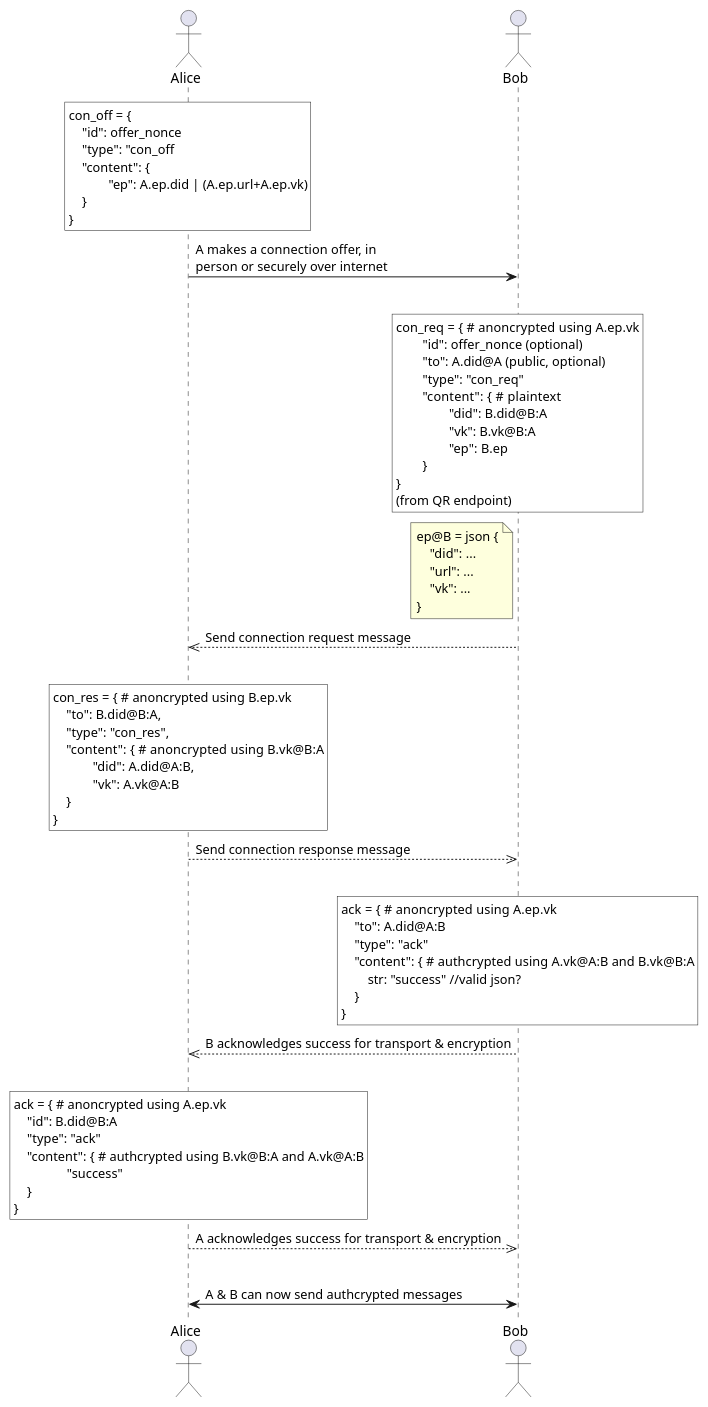
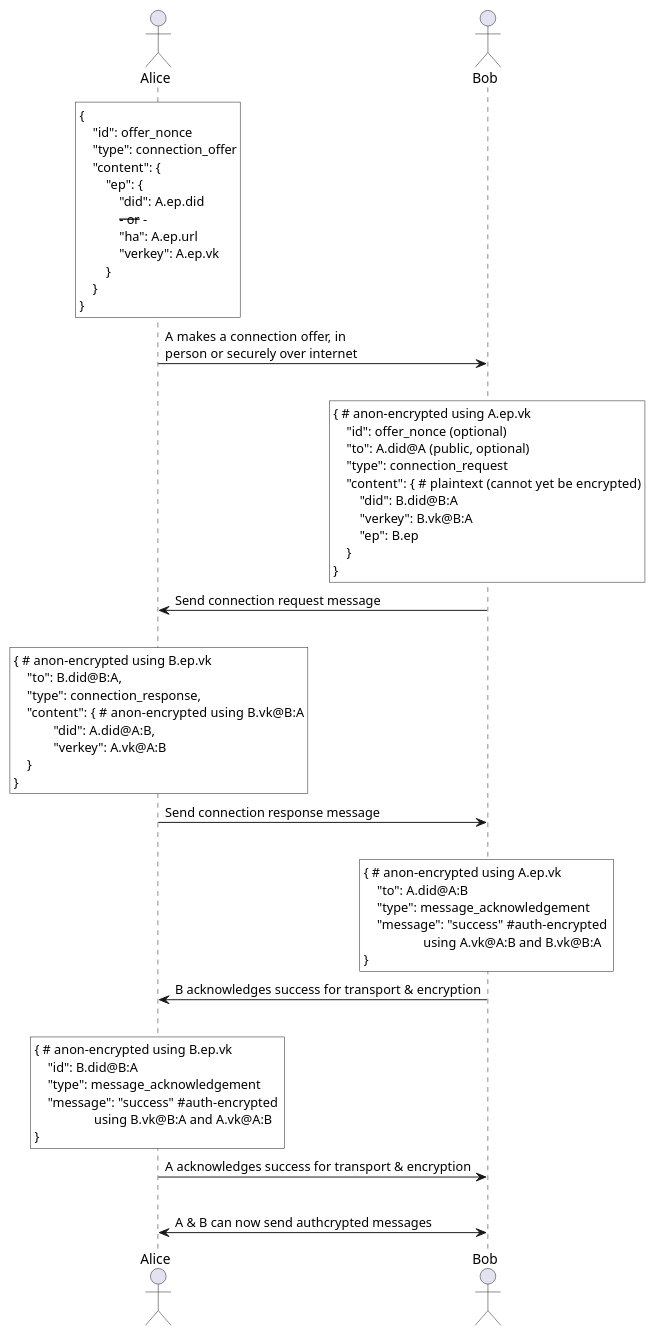
The diagram in text/messaging-protocol/establishing_connection.puml (hyperledger/indy-hipe), drawn with PlantUML before and after one commit. The commit also changed 1 other file, not shown here.

```diff
--- a/text/messaging-protocol/establishing_connection.puml
+++ b/text/messaging-protocol/establishing_connection.puml
@@ -1,106 +1,86 @@
 @startuml
 
-' class Dummy {
-'   {field} A field (despite parentheses)
-'   {method} Some method
-' }
-
 actor Alice as A
-'participant "Alice's\nAgent" as A
-'participant "Bob's\nAgent" as B
 actor Bob as B
 
-
 rnote over A #white
-con_off = {
+{
     "id": offer_nonce
-    "type": "con_off
+    "type": connection_offer
     "content": {
-	    "ep": A.ep.did | (A.ep.url+A.ep.vk)
+        "ep": {
+            "did": A.ep.did
+            --- or ---
+            "ha": A.ep.url  
+            "verkey": A.ep.vk 
+        }
     }
 }
 end note
 
 
 A -> B: A makes a connection offer, in\nperson or securely over internet
 |||
 
 
-'This adds the rectangles on the lines=
-
 rnote over B #white
-con_req = {  # anoncrypted using A.ep.vk
-	"id": offer_nonce (optional)
-	"to": A.did@A (public, optional)
-	"type": "con_req"
-	"content": {  # plaintext
-		"did": B.did@B:A
-		"vk": B.vk@B:A
-		"ep": B.ep
-	}
-}
-(from QR endpoint)
-end note
-
-note left of B
-ep@B = json {
-    "did": ...
-    "url": ...
-    "vk": ...
-}
-end note
-
-
-'B -> B: Could optionally encrypt content\nusing additional key sent in offer
-
-B -->> A: Send connection request message
-|||
-
-rnote over A #white
-con_res = { # anoncrypted using B.ep.vk
-    "to": B.did@B:A,
-    "type": "con_res",
-    "content": {  # anoncrypted using B.vk@B:A
-            "did": A.did@A:B,
-            "vk": A.vk@A:B
+{ # anon-encrypted using A.ep.vk
+    "id": offer_nonce (optional)
+    "to": A.did@A (public, optional)
+    "type": connection_request
+    "content": {  # plaintext (cannot yet be encrypted)
+        "did": B.did@B:A
+        "verkey": B.vk@B:A
+        "ep": B.ep
     }
 }
 end note
 
 
-A -->> B: Send connection response message
+B -> A: Send connection request message
 |||
 
-rnote over B #white
-ack = {  # anoncrypted using A.ep.vk
-    "to": A.did@A:B
-    "type": "ack"
-    "content": {  # authcrypted using A.vk@A:B and B.vk@B:A
-    	str: "success" //valid json?
+rnote over A #white
+{ # anon-encrypted using B.ep.vk
+    "to": B.did@B:A,
+    "type": connection_response,
+    "content": {  # anon-encrypted using B.vk@B:A
+            "did": A.did@A:B,
+            "verkey": A.vk@A:B
     }
 }
 end note
 
 
-B -->> A: B acknowledges success for transport & encryption 
+A -> B: Send connection response message
 |||
 
-rnote over A #white
-ack = { # anoncrypted using A.ep.vk
-    "id": B.did@B:A
-    "type": "ack"
-    "content": { # authcrypted using B.vk@B:A and A.vk@A:B
-        	"success"
-    }
+rnote over B #white
+{ # anon-encrypted using A.ep.vk
+    "to": A.did@A:B
+    "type": message_acknowledgement
+    "message": "success" #auth-encrypted 
+                  using A.vk@A:B and B.vk@B:A
 }
 end note
 
 
-A -->> B: A acknowledges success for transport & encryption 
+B -> A: B acknowledges success for transport & encryption 
+|||
+
+rnote over A #white
+{ # anon-encrypted using B.ep.vk
+    "id": B.did@B:A
+    "type": message_acknowledgement
+    "message": "success" #auth-encrypted 
+                  using B.vk@B:A and A.vk@A:B
+}
+end note
+
+
+A -> B: A acknowledges success for transport & encryption 
 |||
 
 A <-> B: A & B can now send authcrypted messages
 
-
-
 @enduml
```
